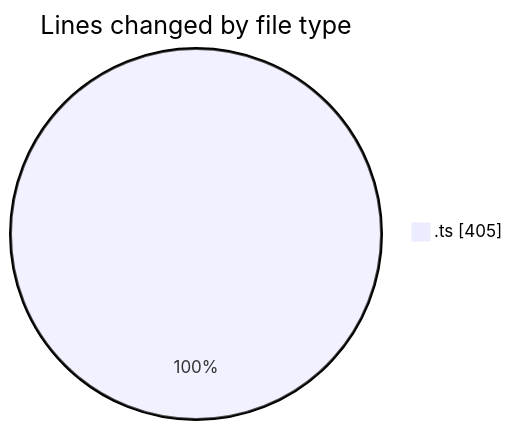
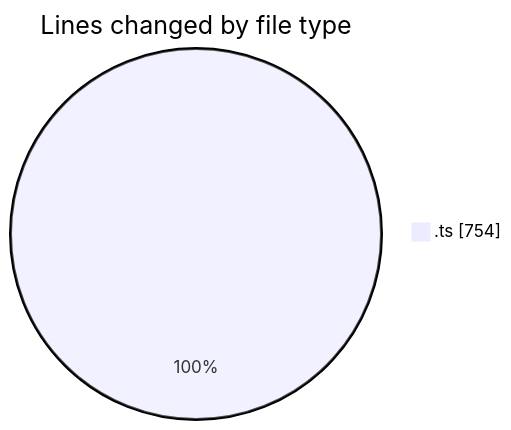
One commit to momahboobian/code-tracking changed the first of 2 diagrams in 2025-08-08/cda/README.md. Above: the diagram before and after it, drawn with Mermaid. The commit also changed other lines of this file and 1 other file, not shown here.

````diff
--- a/2025-08-08/cda/README.md
+++ b/2025-08-08/cda/README.md
@@ -20,5 +21,5 @@
 ```mermaid
 pie showData
 title Lines changed by file type
-".ts" : 405
+".ts" : 754
 ```
````
